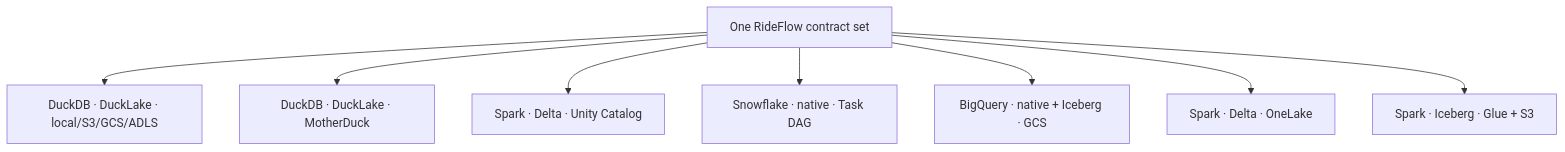
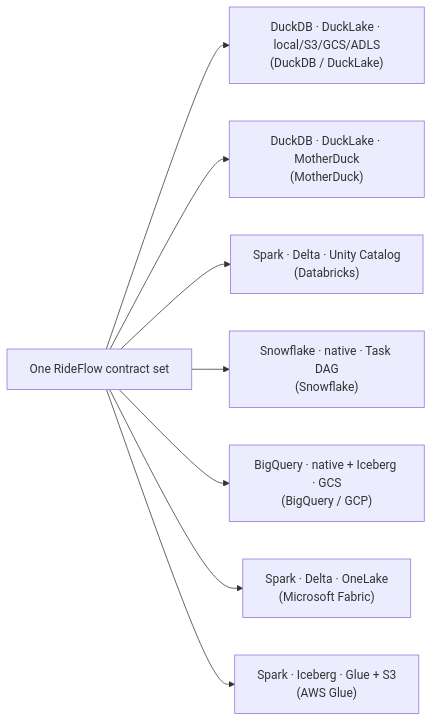
Before and after one commit to LakeLogic/open-lakehouse-contract: the diagram in docs/providers/index.md, drawn with Mermaid. The commit also changed other lines of this file and 114 other files, not shown here.

````diff
--- a/docs/providers/index.md
+++ b/docs/providers/index.md
@@ -47,10 +51,10 @@
 ```mermaid
-flowchart TB
-    K[One RideFlow contract set] --> D[DuckDB · DuckLake · local/S3/GCS/ADLS]
-    K --> MD[DuckDB · DuckLake · MotherDuck]
-    K --> DB[Spark · Delta · Unity Catalog]
-    K --> SF[Snowflake · native · Task DAG]
-    K --> BQ[BigQuery · native + Iceberg · GCS]
-    K --> FB[Spark · Delta · OneLake]
-    K --> AW[Spark · Iceberg · Glue + S3]
+flowchart LR
+    K[One RideFlow contract set] --> D["DuckDB · DuckLake · local/S3/GCS/ADLS<br/>(DuckDB / DuckLake)"]
+    K --> MD["DuckDB · DuckLake · MotherDuck<br/>(MotherDuck)"]
+    K --> DB["Spark · Delta · Unity Catalog<br/>(Databricks)"]
+    K --> SF["Snowflake · native · Task DAG<br/>(Snowflake)"]
+    K --> BQ["BigQuery · native + Iceberg · GCS<br/>(BigQuery / GCP)"]
+    K --> FB["Spark · Delta · OneLake<br/>(Microsoft Fabric)"]
+    K --> AW["Spark · Iceberg · Glue + S3<br/>(AWS Glue)"]
 ```
````
